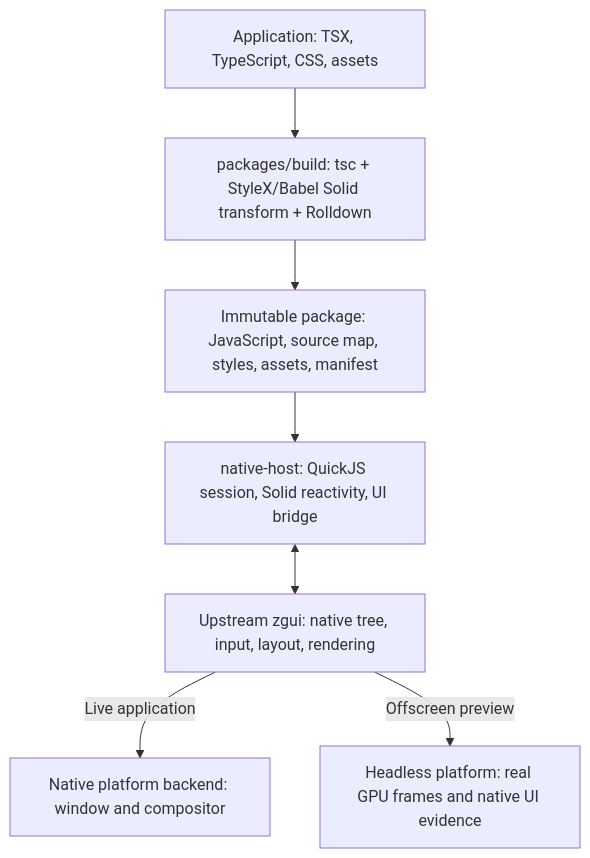
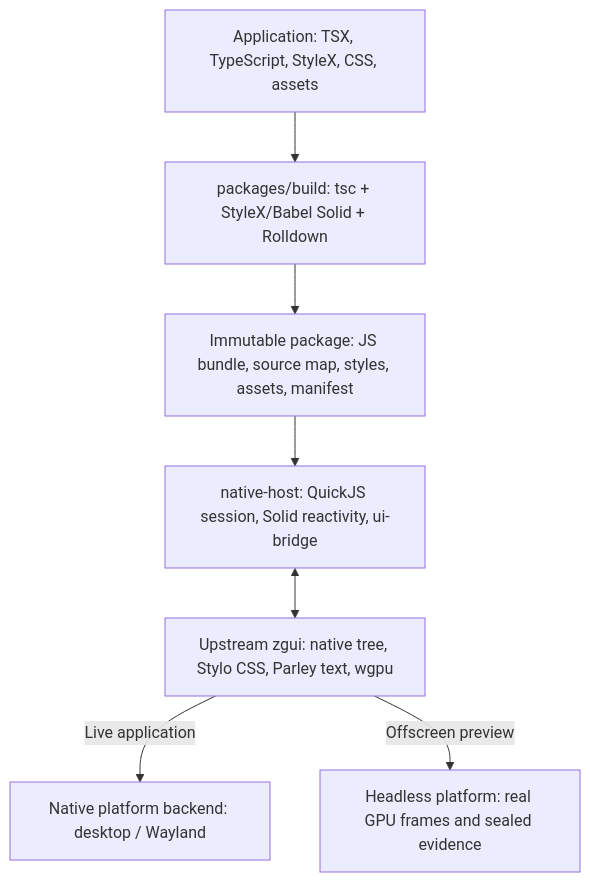
Before and after one commit to hewel/zgui-js: the diagram in README.md, drawn with Mermaid. The commit also changed other lines of this file and 11 other files, not shown here.

````diff
--- a/README.md
+++ b/README.md
@@ -13,9 +13,9 @@
 ```mermaid
 flowchart TB
-    Source["Application: TSX, TypeScript, CSS, assets"] --> Build["packages/build: tsc + StyleX/Babel Solid transform + Rolldown"]
-    Build --> Package["Immutable package: JavaScript, source map, styles, assets, manifest"]
-    Package --> Host["native-host: QuickJS session, Solid reactivity, UI bridge"]
-    Host <--> Native["Upstream zgui: native tree, input, layout, rendering"]
-    Native -->|Live application| Desktop["Native platform backend: window and compositor"]
-    Native -->|Offscreen preview| Preview["Headless platform: real GPU frames and native UI evidence"]
+    Source["Application: TSX, TypeScript, StyleX, CSS, assets"] --> Build["packages/build: tsc + StyleX/Babel Solid + Rolldown"]
+    Build --> Package["Immutable package: JS bundle, source map, styles, assets, manifest"]
+    Package --> Host["native-host: QuickJS session, Solid reactivity, ui-bridge"]
+    Host <--> Native["Upstream zgui: native tree, Stylo CSS, Parley text, wgpu"]
+    Native -->|Live application| Desktop["Native platform backend: desktop / Wayland"]
+    Native -->|Offscreen preview| Preview["Headless platform: real GPU frames and sealed evidence"]
 ```
````
